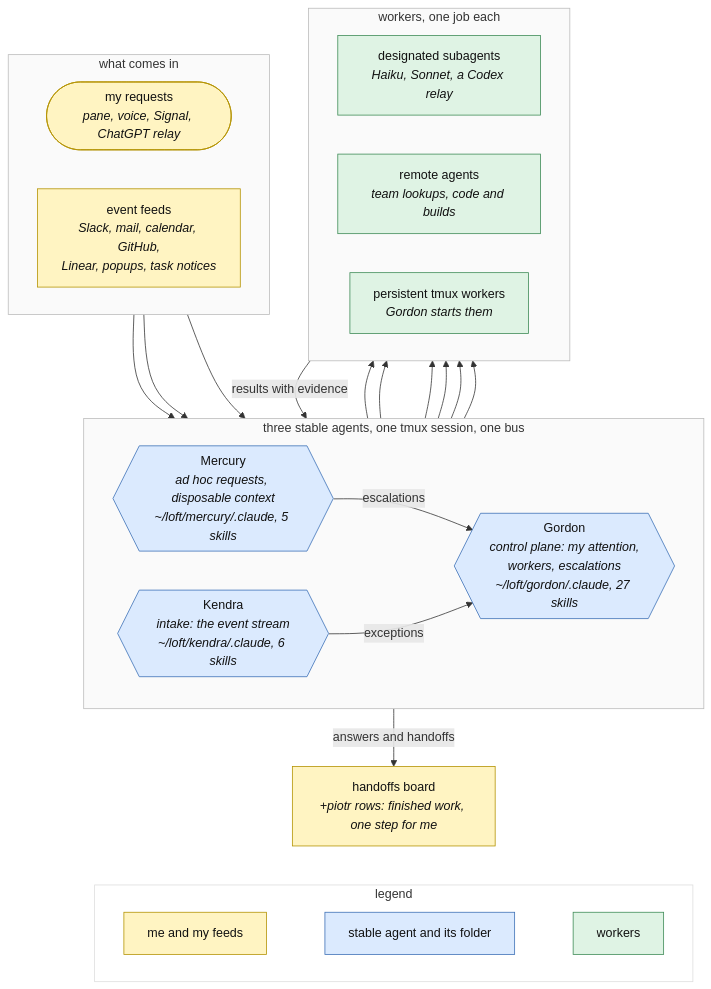
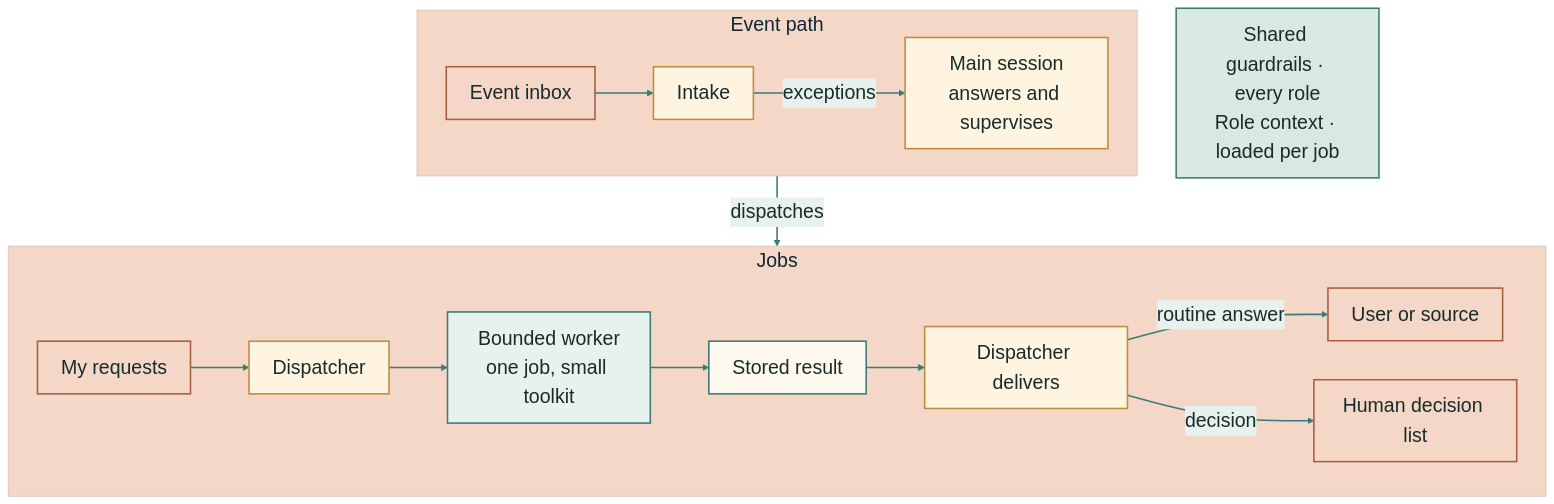
One commit to Piotr1215/cloudrumble changed the diagram in blog/_media/diagrams/agents-components.mmd. Above: the diagram before and after it, drawn with Mermaid. The commit also changed 14 other files, not shown here.

```diff
--- a/blog/_media/diagrams/agents-components.mmd
+++ b/blog/_media/diagrams/agents-components.mmd
@@ -1,50 +1,26 @@
+%%{init: {"theme":"base","themeVariables":{"fontFamily":"DejaVu Sans","fontSize":"25px","primaryColor":"#fff4df","primaryTextColor":"#182b2b","primaryBorderColor":"#397b78","lineColor":"#397b78","secondaryColor":"#e7f1ed","tertiaryColor":"#f5d7c8"}}}%%
 flowchart TB
-    subgraph IN["what comes in"]
+    subgraph EVENTS["Event path"]
         direction LR
-        REQ(["my requests<br/><i>pane, voice, Signal, ChatGPT relay</i>"])
-        EV["event feeds<br/><i>Slack, mail, calendar, GitHub,<br/>Linear, popups, task notices</i>"]
+        EV["Event inbox"] --> IN["Intake"] -->|exceptions| MAIN["Main session<br/>answers and supervises"]
     end
-    subgraph AG["three stable agents, one tmux session, one bus"]
+    subgraph JOBS["Jobs"]
         direction LR
-        M{{"Mercury<br/><i>ad hoc requests, disposable context<br/>~/loft/mercury/.claude, 5 skills</i>"}}
-        G{{"Gordon<br/><i>control plane: my attention,<br/>workers, escalations<br/>~/loft/gordon/.claude, 27 skills</i>"}}
-        K{{"Kendra<br/><i>intake: the event stream<br/>~/loft/kendra/.claude, 6 skills</i>"}}
+        REQ["My requests"] --> DIS["Dispatcher"] --> WORK["Bounded worker<br/>one job, small toolkit"] --> STORE["Stored result"] --> DELIVER["Dispatcher delivers"]
+        DELIVER -->|routine answer| USER["User or source"]
+        DELIVER -->|decision| HUMAN["Human decision list"]
     end
-    subgraph WK["workers, one job each"]
-        direction LR
-        SUB["designated subagents<br/><i>Haiku, Sonnet, a Codex relay</i>"]
-        REM["remote agents<br/><i>team lookups, code and builds</i>"]
-        TMX["persistent tmux workers<br/><i>Gordon starts them</i>"]
-    end
-    BOARD["handoffs board<br/><i>+piotr rows: finished work, one step for me</i>"]
+    MAIN -->|dispatches| WORK
+    NOTE["Shared guardrails · every role<br/>Role context · loaded per job"]
 
-    REQ --> M
-    REQ --> G
-    EV --> K
-    M -- "escalations" --> G
-    K -- "exceptions" --> G
-    M --> SUB
-    M --> REM
-    G --> SUB
-    G --> REM
-    G --> TMX
-    K --> SUB
-    WK -- "results with evidence" --> AG
-    AG -- "answers and handoffs" --> BOARD
-
-    subgraph LG["legend"]
-        direction LR
-        L1["me and my feeds"]:::me ~~~ L2["stable agent and its folder"]:::agent ~~~ L3["workers"]:::work
-    end
-    BOARD ~~~ LG
-
-    classDef me fill:#fff4c2,stroke:#b39200,color:#111
-    classDef agent fill:#dbeafe,stroke:#3b6fb6,color:#111
-    classDef work fill:#dff3e4,stroke:#3c8a55,color:#111
-    class REQ,EV,BOARD me
-    class G,K,M agent
-    class SUB,REM,TMX work
-    style IN fill:#fafafa,stroke:#bbb
-    style AG fill:#fafafa,stroke:#bbb
-    style WK fill:#fafafa,stroke:#bbb
-    style LG fill:#ffffff,stroke:#ddd
+    classDef input fill:#f5d7c8,stroke:#a85d43,color:#182b2b,stroke-width:2px
+    classDef role fill:#fff4df,stroke:#c38a3f,color:#182b2b,stroke-width:2px
+    classDef work fill:#e7f1ed,stroke:#397b78,color:#182b2b,stroke-width:2px
+    classDef store fill:#fffaf0,stroke:#397b78,color:#182b2b,stroke-width:2px
+    classDef note fill:#d9e9e2,stroke:#397b78,color:#182b2b,stroke-width:2px
+    class EV,REQ,USER,HUMAN input
+    class IN,MAIN,DIS,DELIVER role
+    class WORK work
+    class STORE store
+    class NOTE note
+    linkStyle default stroke:#397b78,stroke-width:2px
```
